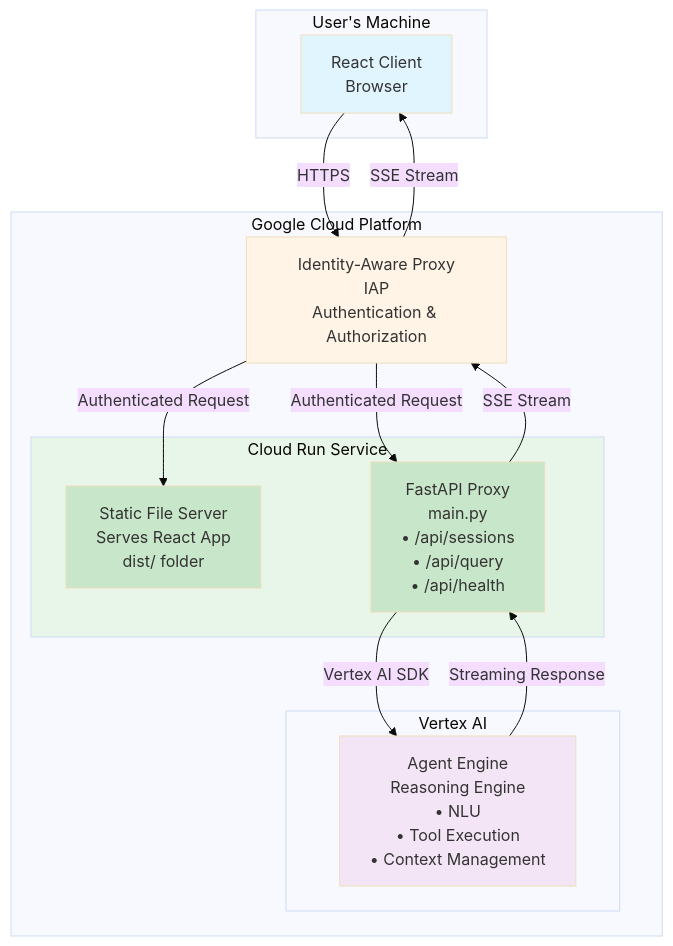
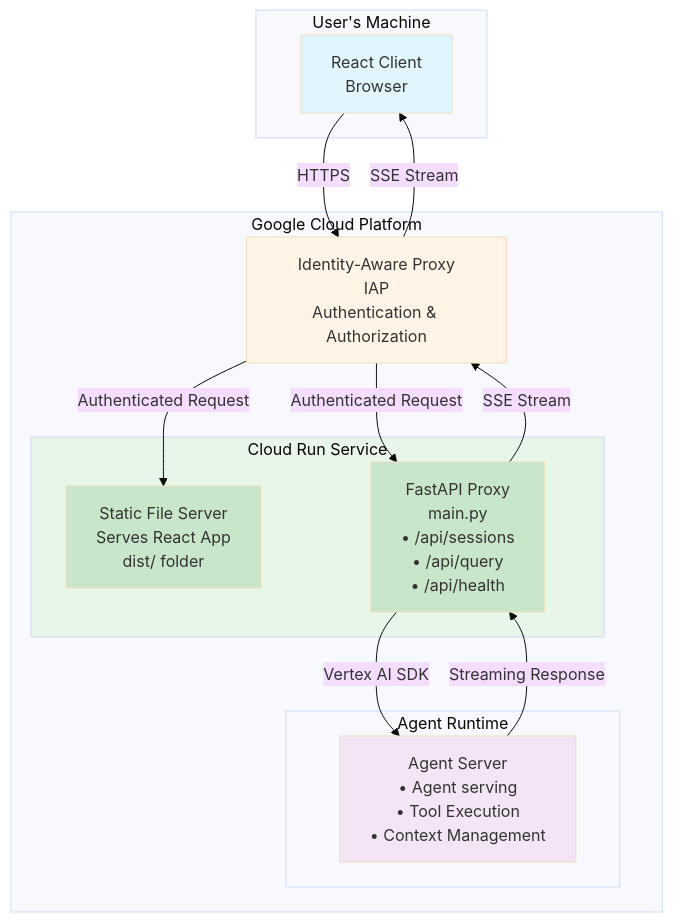
Before and after one commit to GoogleCloudPlatform/specialized-training-content: the diagram in courses/build_production_ready_agents/ch5_lab/cloudrun-proxy/README.md, drawn with Mermaid (base theme). The commit also changed other lines of this file and 1 other file, not shown here.

````diff
--- a/courses/build_production_ready_agents/ch5_lab/cloudrun-proxy/README.md
+++ b/courses/build_production_ready_agents/ch5_lab/cloudrun-proxy/README.md
@@ -9,34 +9,34 @@
 ```mermaid
 graph TB
     subgraph User["User's Machine"]
         Client[React Client<br/>Browser]
     end
     
     subgraph GCP["Google Cloud Platform"]
         IAP[Identity-Aware Proxy<br/>IAP<br/>Authentication & Authorization]
         
         subgraph CloudRun["Cloud Run Service"]
             Static[Static File Server<br/>Serves React App<br/>dist/ folder]
             FastAPI[FastAPI Proxy<br/>main.py<br/>• /api/sessions<br/>• /api/query<br/>• /api/health]
         end
         
-        subgraph VertexAI["Vertex AI"]
-            Agent[Agent Engine<br/>Reasoning Engine<br/>• NLU<br/>• Tool Execution<br/>• Context Management]
+        subgraph AgentRuntime["Agent Runtime"]
+            Agent[Agent Server<br/>• Agent serving<br/>• Tool Execution<br/>• Context Management]
         end
     end
     
     Client -->|HTTPS| IAP
     IAP -->|Authenticated Request| Static
     IAP -->|Authenticated Request| FastAPI
     FastAPI -->|Vertex AI SDK| Agent
     Agent -->|Streaming Response| FastAPI
     FastAPI -->|SSE Stream| IAP
     IAP -->|SSE Stream| Client
 
     style Client fill:#e1f5ff
     style IAP fill:#fff4e6
     style CloudRun fill:#e8f5e9
     style Static fill:#c8e6c9
     style FastAPI fill:#c8e6c9
     style Agent fill:#f3e5f5
 ```
````
